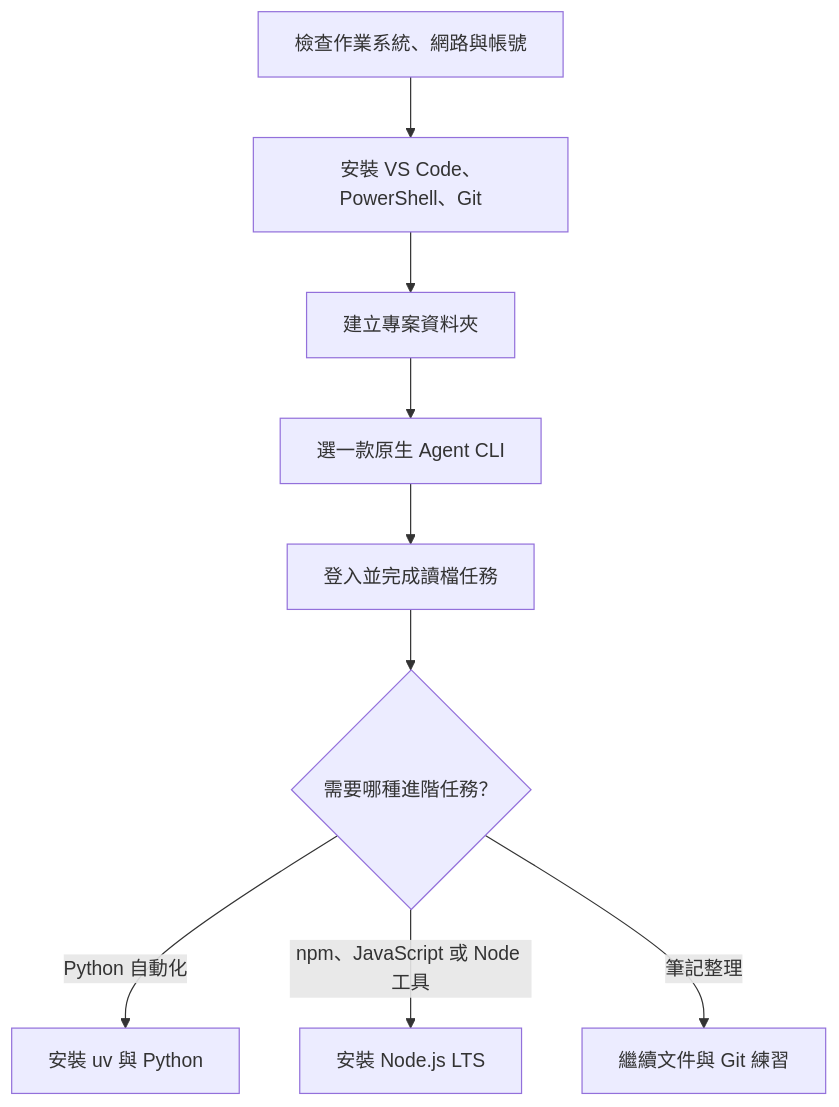
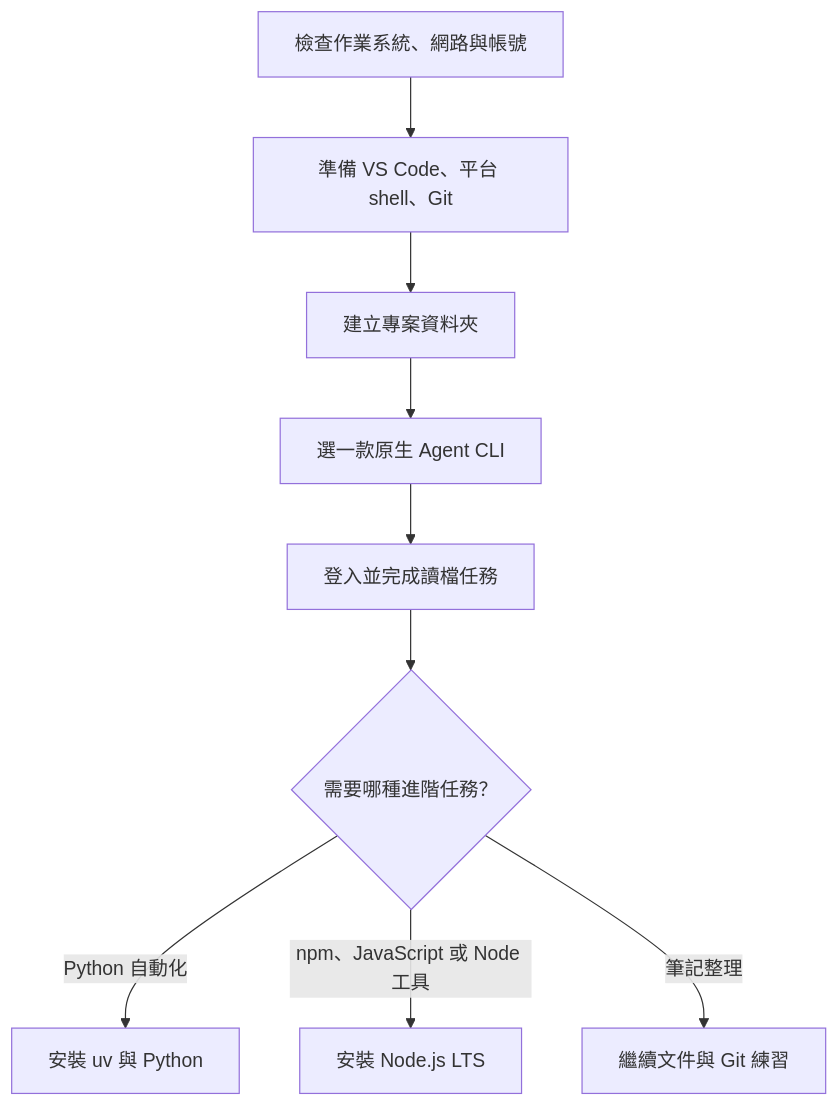
One commit to joelhoty/ocgit changed the second of 6 diagrams in AI_Agent_CLi/00_intro.md. Above: the diagram before and after it, drawn with Mermaid. The commit also changed other lines of this file and 67 other files, not shown here.

````diff
--- a/AI_Agent_CLi/00_intro.md
+++ b/AI_Agent_CLi/00_intro.md
@@ -389,11 +235,11 @@
 ```mermaid
 flowchart TD
-    A["檢查作業系統、網路與帳號"] --> B["安裝 VS Code、PowerShell、Git"]
+    A["檢查作業系統、網路與帳號"] --> B["準備 VS Code、平台 shell、Git"]
     B --> C["建立專案資料夾"]
     C --> D["選一款原生 Agent CLI"]
     D --> E["登入並完成讀檔任務"]
     E --> F{"需要哪種進階任務？"}
     F -->|Python 自動化| G["安裝 uv 與 Python"]
     F -->|npm、JavaScript 或 Node 工具| H["安裝 Node.js LTS"]
     F -->|筆記整理| I["繼續文件與 Git 練習"]
 ```
````
